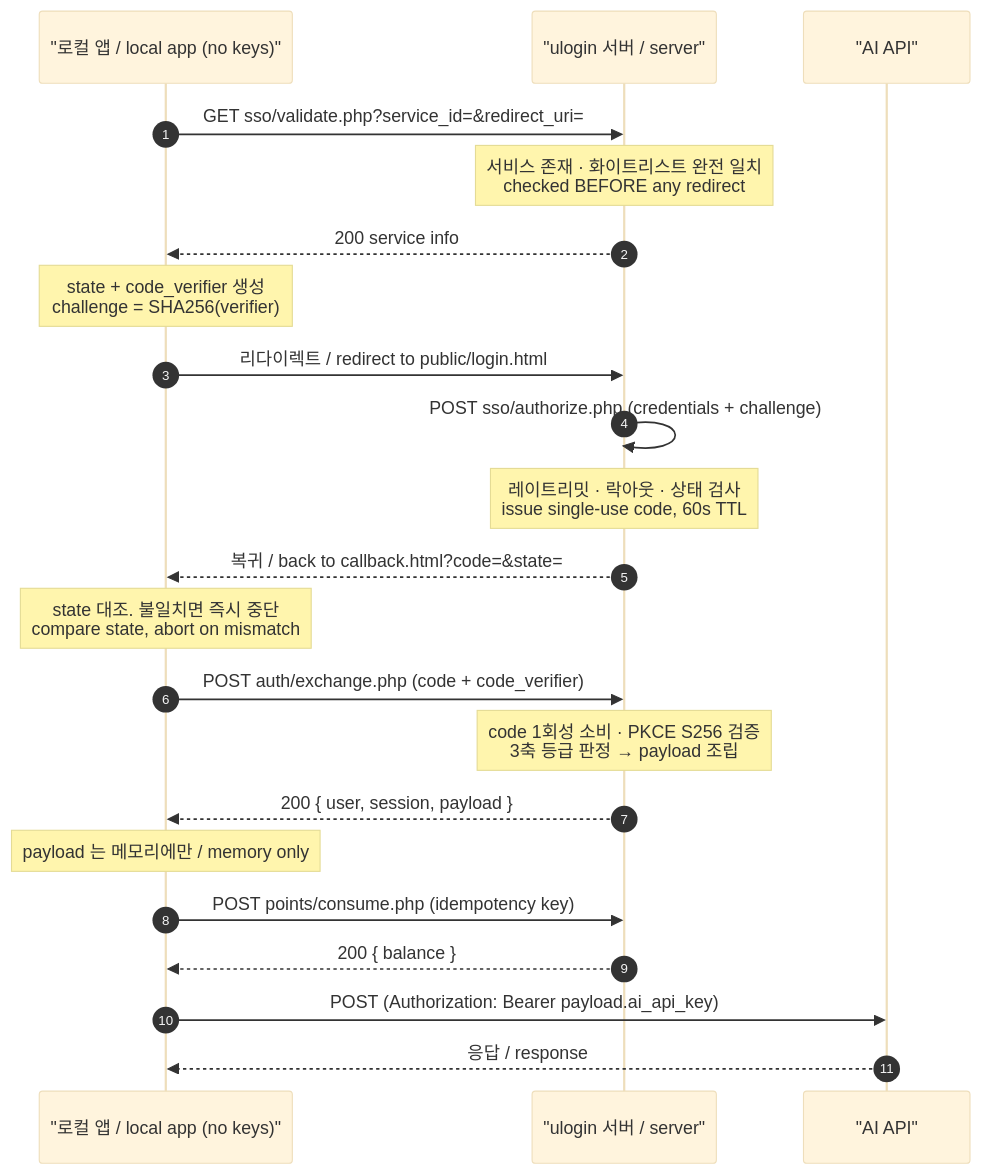
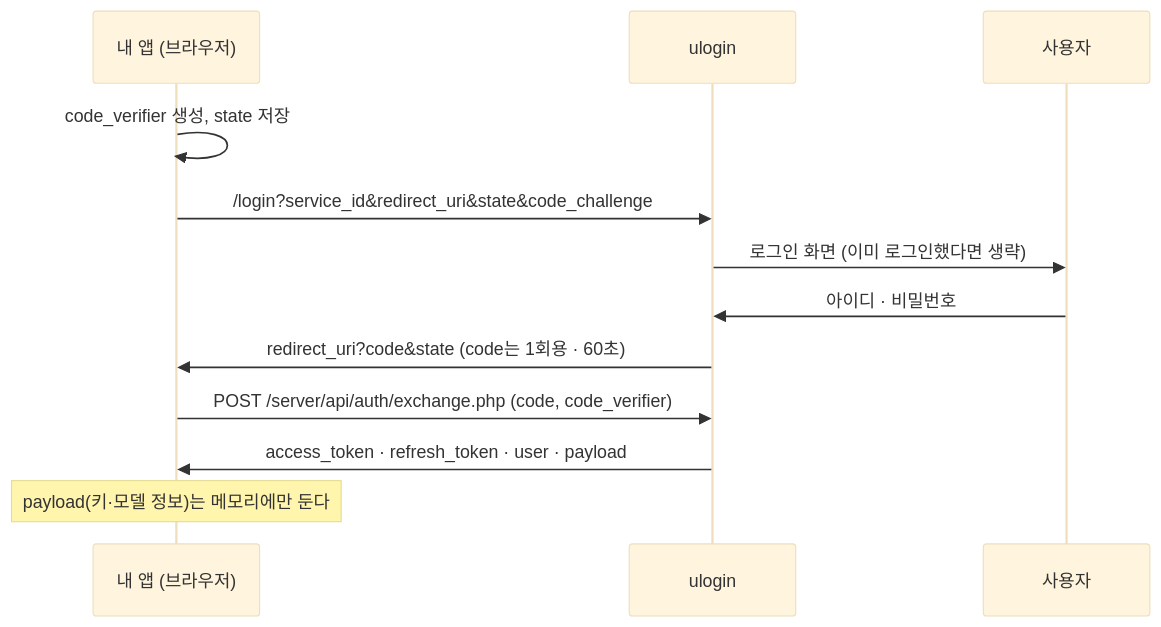
One commit to UniverseMaker/Universal-Login-SSO-Server changed the second of 2 diagrams in README.md. Above: the diagram before and after it, drawn with Mermaid (base theme). The commit also changed other lines of this file and 190 other files, not shown here.

First line of the commit message:
v1.10.0: access levels, platform API, emergency admin, new README

````diff
--- a/README.md
+++ b/README.md
@@ -209,29 +79,14 @@
 ```mermaid
 sequenceDiagram
-    autonumber
-    participant App as "로컬 앱 / local app (no keys)"
-    participant Srv as "ulogin 서버 / server"
-    participant AI as "AI API"
-
-    App->>Srv: GET sso/validate.php?service_id=&redirect_uri=
-    Note over Srv: 서비스 존재 · 화이트리스트 완전 일치<br/>checked BEFORE any redirect
-    Srv-->>App: 200 service info
-
-    Note over App: state + code_verifier 생성<br/>challenge = SHA256(verifier)
-    App->>Srv: 리다이렉트 / redirect to public/login.html
-
-    Srv->>Srv: POST sso/authorize.php (credentials + challenge)
-    Note over Srv: 레이트리밋 · 락아웃 · 상태 검사<br/>issue single-use code, 60s TTL
-    Srv-->>App: 복귀 / back to callback.html?code=&state=
-
-    Note over App: state 대조. 불일치면 즉시 중단<br/>compare state, abort on mismatch
-    App->>Srv: POST auth/exchange.php (code + code_verifier)
-    Note over Srv: code 1회성 소비 · PKCE S256 검증<br/>3축 등급 판정 → payload 조립
-    Srv-->>App: 200 { user, session, payload }
-
-    Note over App: payload 는 메모리에만 / memory only
-    App->>Srv: POST points/consume.php (idempotency key)
-    Srv-->>App: 200 { balance }
-    App->>AI: POST (Authorization: Bearer payload.ai_api_key)
-    AI-->>App: 응답 / response
+    participant App as 내 앱 (브라우저)
+    participant UL as ulogin
+    participant User as 사용자
+    App->>App: code_verifier 생성, state 저장
+    App->>UL: /login?service_id&redirect_uri&state&code_challenge
+    UL->>User: 로그인 화면 (이미 로그인했다면 생략)
+    User->>UL: 아이디 · 비밀번호
+    UL->>App: redirect_uri?code&state (code는 1회용 · 60초)
+    App->>UL: POST /server/api/auth/exchange.php (code, code_verifier)
+    UL->>App: access_token · refresh_token · user · payload
+    Note over App: payload(키·모델 정보)는 메모리에만 둔다
 ```
````
